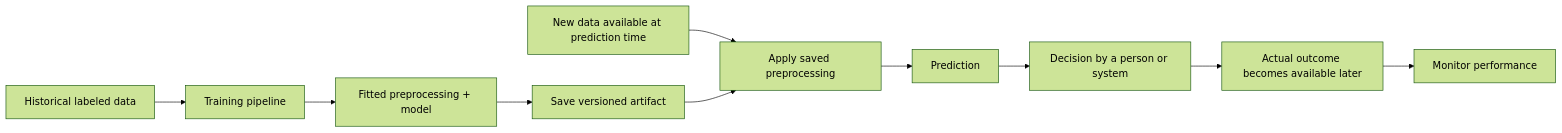
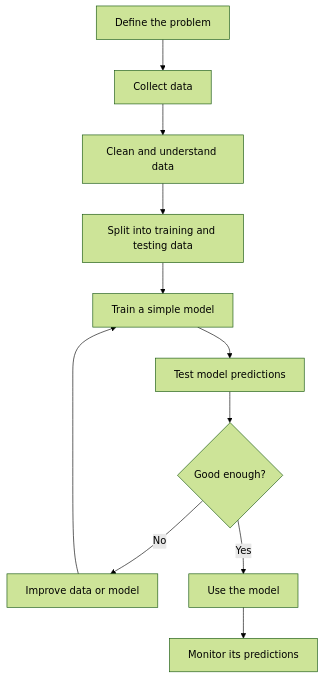
The second of 2 diagrams in ML notes doc/01-foundations/05-ml-project-lifecycle.md (ADxSD-143/STUDY-docs), drawn with Mermaid (forest theme) before and after one commit. The commit also changed other lines of this file, not shown here.

Commit message:
Simplify ML model workflow lesson

````diff
--- a/ML notes doc/01-foundations/05-ml-project-lifecycle.md
+++ b/ML notes doc/01-foundations/05-ml-project-lifecycle.md
@@ -111,12 +56,13 @@
 ```mermaid
-flowchart LR
-    A[Historical labeled data] --> B[Training pipeline]
-    B --> C[Fitted preprocessing + model]
-    C --> D[Save versioned artifact]
-    E[New data available at prediction time] --> F[Apply saved preprocessing]
-    D --> F
-    F --> G[Prediction]
-    G --> H[Decision by a person or system]
-    H --> I[Actual outcome becomes available later]
-    I --> J[Monitor performance]
+flowchart TD
+    A[Define the problem] --> B[Collect data]
+    B --> C[Clean and understand data]
+    C --> D[Split into training and testing data]
+    D --> E[Train a simple model]
+    E --> F[Test model predictions]
+    F --> G{Good enough?}
+    G -- No --> H[Improve data or model]
+    H --> E
+    G -- Yes --> I[Use the model]
+    I --> J[Monitor its predictions]
 ```
````
